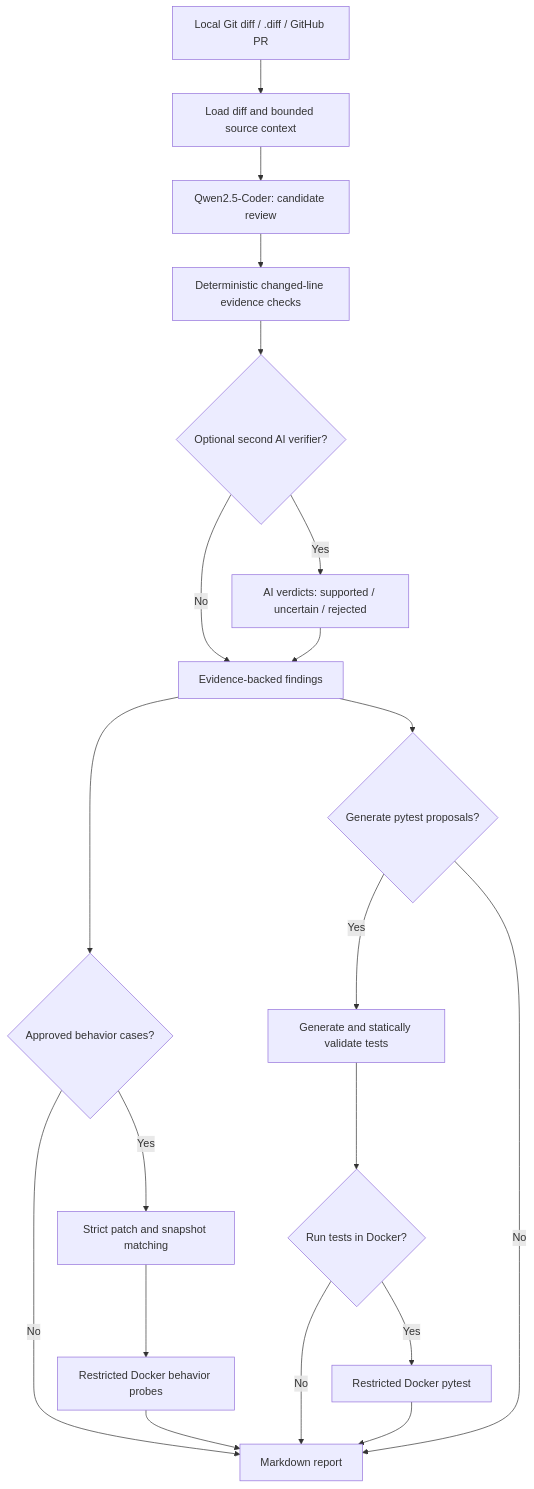
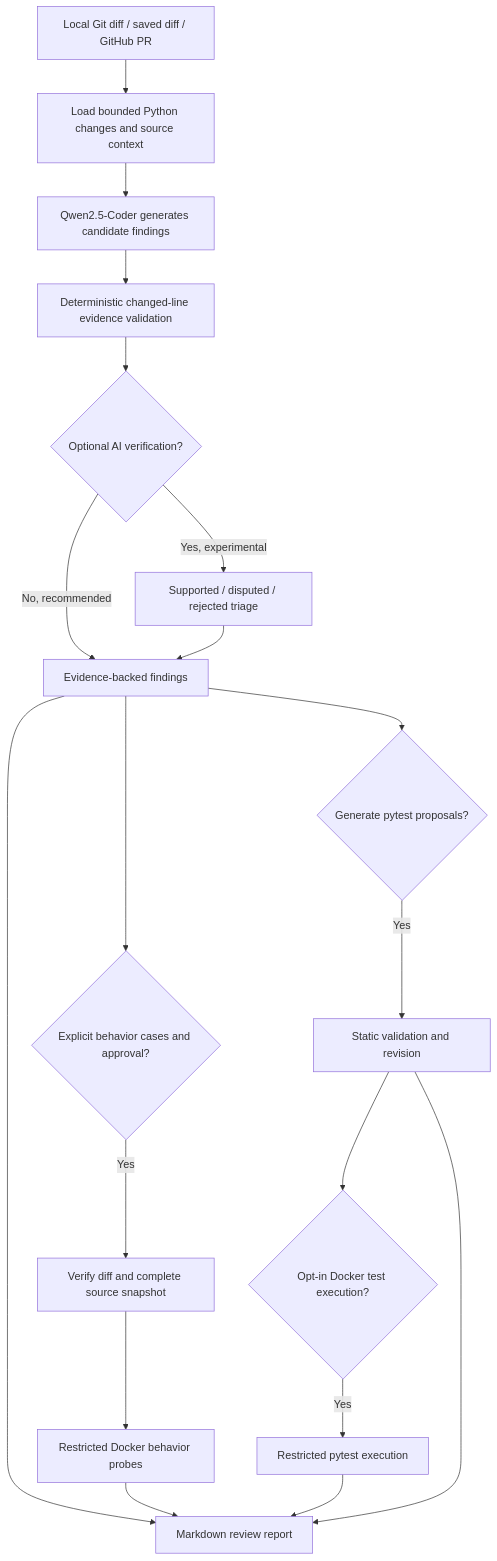
The diagram in README.md (GulshanK25/github-code-review), drawn with Mermaid before and after one commit. The commit also changed other lines of this file, not shown here.

````diff
--- a/README.md
+++ b/README.md
@@ -23,22 +71,21 @@
 ```mermaid
 flowchart TD
-    A[Local Git diff / .diff / GitHub PR] --> B[Load diff and bounded source context]
-    B --> C[Qwen2.5-Coder: candidate review]
-    C --> D[Deterministic changed-line evidence checks]
-    D --> E{Optional second AI verifier?}
-    E -- Yes --> F[AI verdicts: supported / uncertain / rejected]
-    E -- No --> G[Evidence-backed findings]
-    F --> G
-    G --> H{Approved behavior cases?}
-    H -- Yes --> I[Strict patch and snapshot matching]
-    I --> J[Restricted Docker behavior probes]
-    H -- No --> K[Markdown report]
-    J --> K
-    G --> L{Generate pytest proposals?}
-    L -- Yes --> M[Generate and statically validate tests]
-    M --> N{Run tests in Docker?}
-    N -- Yes --> O[Restricted Docker pytest]
-    N -- No --> K
-    O --> K
-    L -- No --> K
+    A[Local Git diff / saved diff / GitHub PR] --> B[Load bounded Python changes and source context]
+    B --> C[Qwen2.5-Coder generates candidate findings]
+    C --> D[Deterministic changed-line evidence validation]
+    D --> E{Optional AI verification?}
+    E -->|No, recommended| F[Evidence-backed findings]
+    E -->|Yes, experimental| G[Supported / disputed / rejected triage]
+    G --> F
+    F --> H[Markdown review report]
+    F --> I{Generate pytest proposals?}
+    I -->|Yes| J[Static validation and revision]
+    J --> K{Opt-in Docker test execution?}
+    K -->|Yes| L[Restricted pytest execution]
+    F --> M{Explicit behavior cases and approval?}
+    M -->|Yes| N[Verify diff and complete source snapshot]
+    N --> O[Restricted Docker behavior probes]
+    O --> H
+    L --> H
+    J --> H
 ```
````
